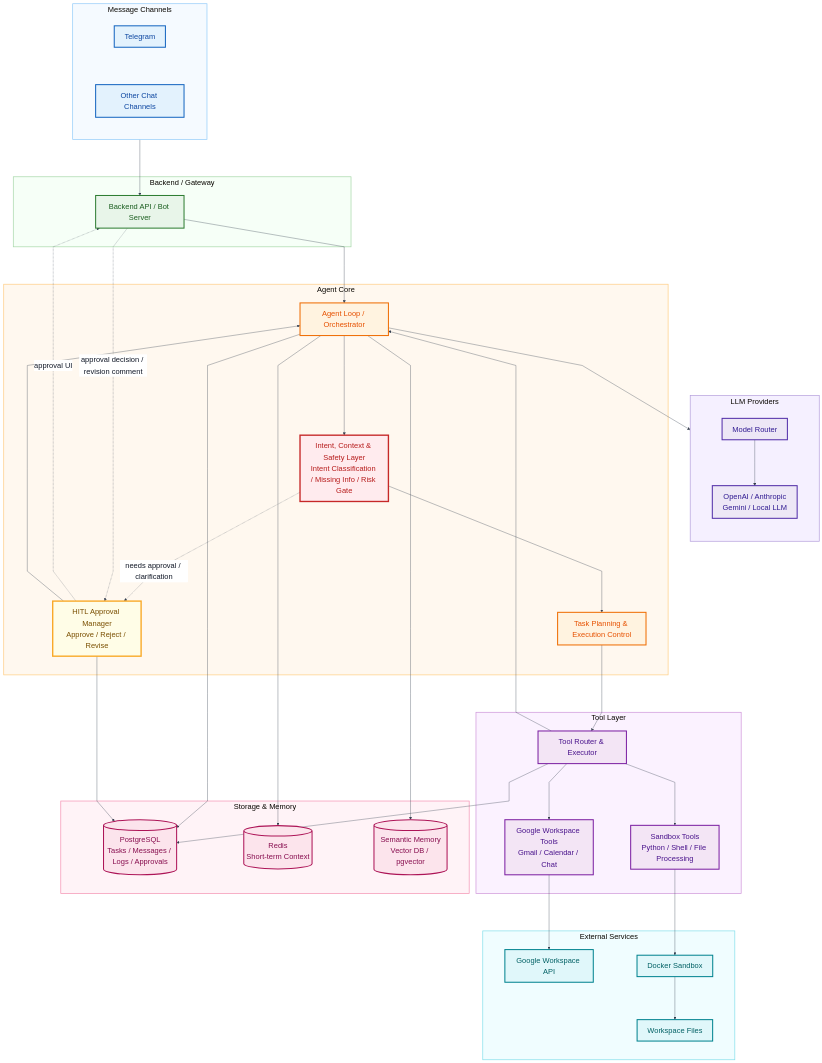
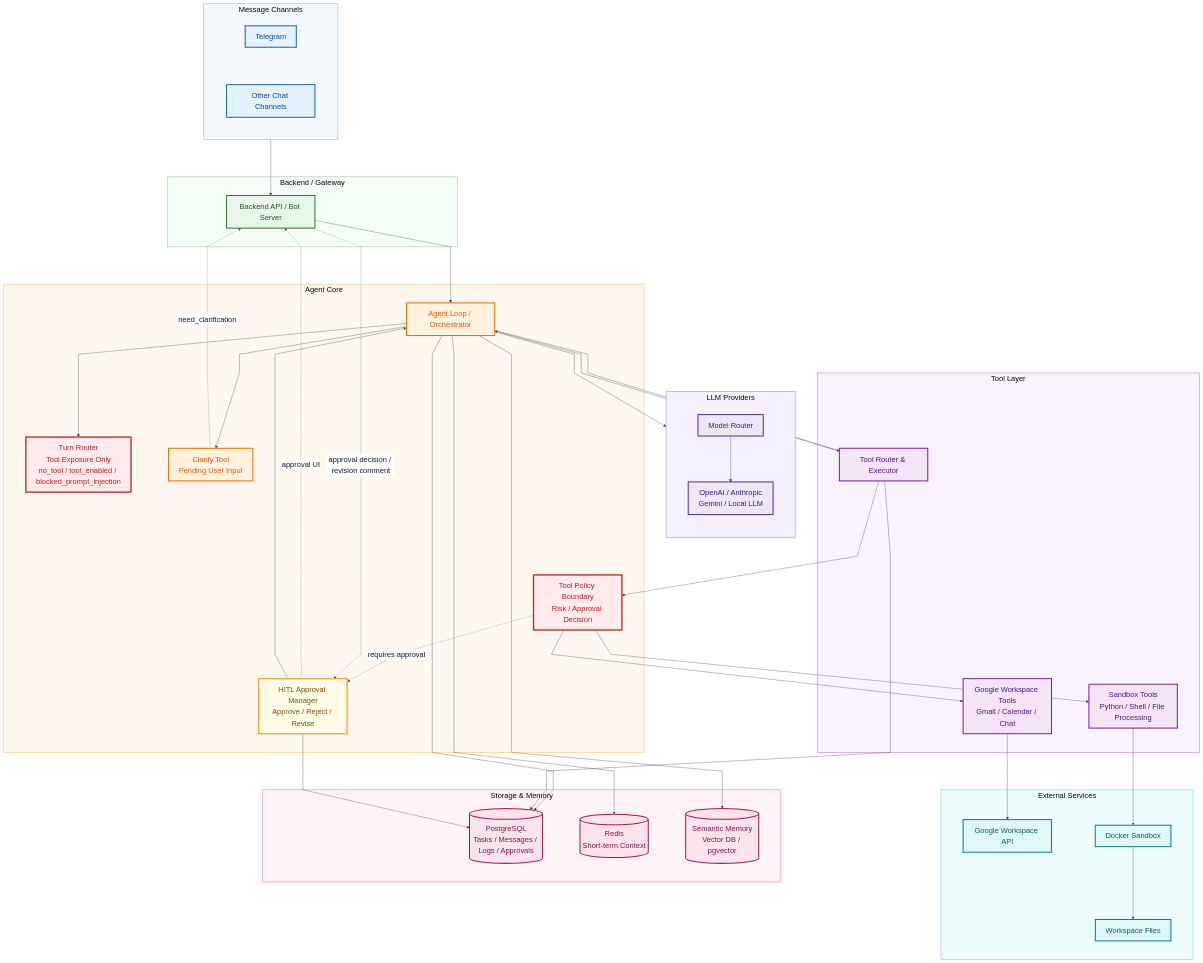
One commit to AI26-V-Claw/V-Claw changed the second of 2 diagrams in docs/01-system-design.md. Above: the diagram before and after it, drawn with Mermaid. The commit also changed 19 other files, not shown here.

Commit message:
Add turn router based agent flow

```diff
--- a/docs/01-system-design.md
+++ b/docs/01-system-design.md
@@ -64,9 +64,10 @@
   end
  subgraph Core["Agent Core"]
         LOOP["Agent Loop / Orchestrator"]
-        SAFETY["Intent, Context & Safety Layer<br>Intent Classification / Missing Info / Risk Gate"]
+        TURN_ROUTER["Turn Router<br>Tool Exposure Only<br>no_tool / tool_enabled / blocked_prompt_injection"]
+        POLICY["Tool Policy Boundary<br>Risk / Approval Decision"]
         HITL["HITL Approval Manager<br>Approve / Reject / Revise"]
-        PLANNER["Task Planning & Execution Control"]
+        CLARIFY["Clarify Tool<br>Pending User Input"]
   end
  subgraph Tools["Tool Layer"]
         ROUTER["Tool Router & Executor"]
@@ -86,15 +87,18 @@
 
     Channels --> API
     API --> LOOP
-    LOOP --> SAFETY & PG & REDIS & VDB
+    LOOP --> TURN_ROUTER & PG & REDIS & VDB
     LOOP --> MODEL_ROUTER
-    SAFETY --> PLANNER
-    PLANNER --> ROUTER
-    ROUTER --> GTOOLS & SANDBOX & LOOP & PG
+    LOOP --> ROUTER
+    LOOP --> CLARIFY
+    ROUTER --> POLICY
+    POLICY --> GTOOLS & SANDBOX
+    ROUTER --> LOOP & PG
     GTOOLS --> GAPI
     SANDBOX --> DOCKER
     DOCKER --> FILES
-    SAFETY -. needs approval / clarification .-> HITL
+    POLICY -. requires approval .-> HITL
+    CLARIFY -. need_clarification .-> API
     HITL -. approval UI .-> API
     API -. approval decision / revision comment .-> HITL
     HITL --> LOOP & PG
@@ -103,9 +107,10 @@
     CHATAPP:::channel
     API:::backend
     LOOP:::core
-    SAFETY:::safety
+    TURN_ROUTER:::safety
+    POLICY:::safety
     HITL:::hitl
-    PLANNER:::core
+    CLARIFY:::core
     MODEL_ROUTER:::llm
     LLM_ALL:::llm
     ROUTER:::tool
```
